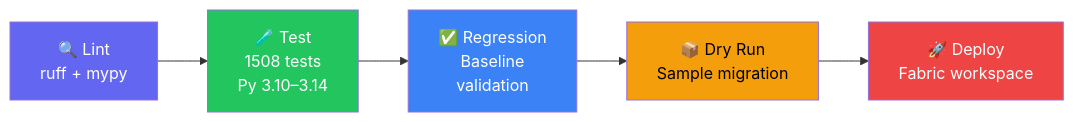
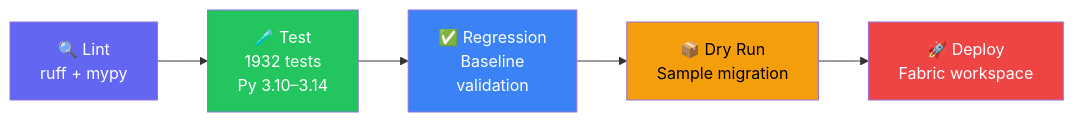
The second of 2 diagrams in README.md (cyphou/SSIStoFabric), drawn with Mermaid before and after one commit. The commit also changed other lines of this file and 21 other files, not shown here.

````diff
--- a/README.md
+++ b/README.md
@@ -701,13 +707,13 @@
 ```mermaid
 flowchart LR
-    L["🔍 Lint\nruff + mypy"] --> T["🧪 Test\n1508 tests\nPy 3.10–3.14"]
+    L["🔍 Lint\nruff + mypy"] --> T["🧪 Test\n1932 tests\nPy 3.10–3.14"]
     T --> R["✅ Regression\nBaseline\nvalidation"]
     R --> D["📦 Dry Run\nSample migration"]
     D --> P["🚀 Deploy\nFabric workspace"]
     
     style L fill:#6366f1,color:#fff
     style T fill:#22c55e,color:#fff
     style R fill:#3b82f6,color:#fff
     style D fill:#f59e0b,color:#000
     style P fill:#ef4444,color:#fff
 ```
````
